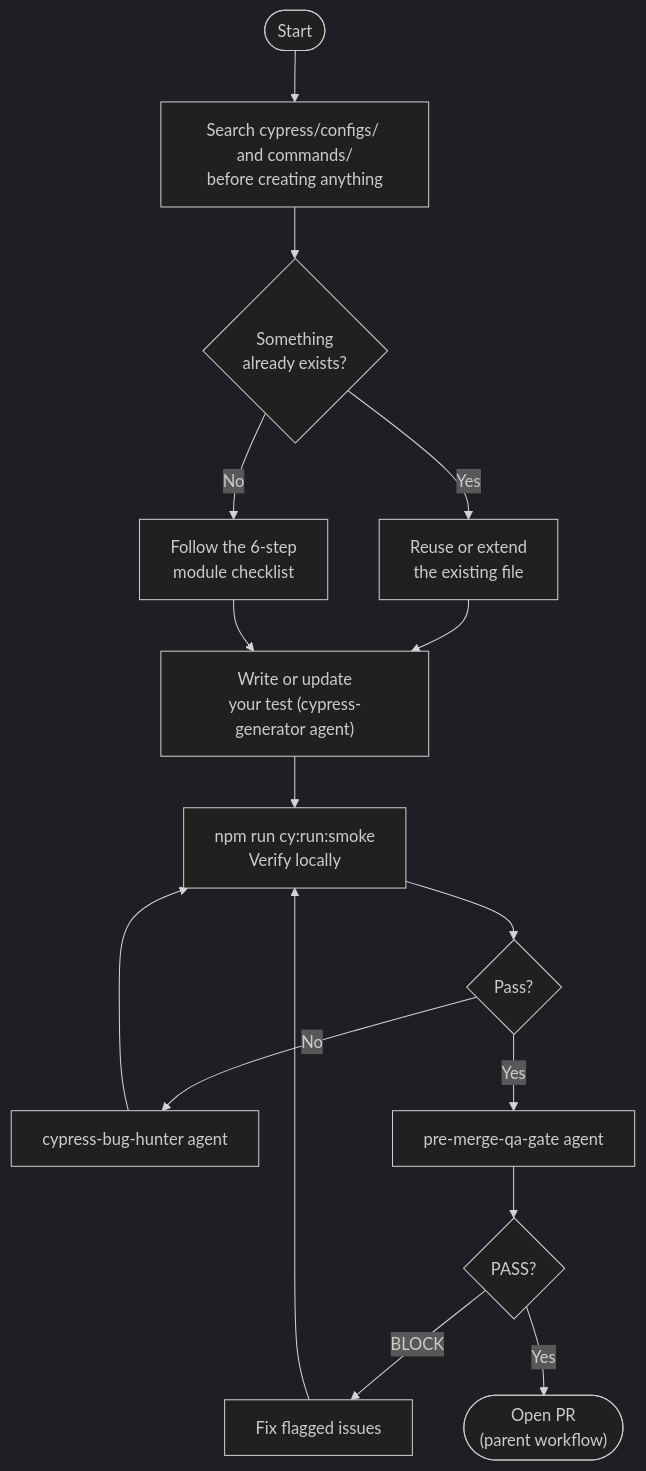
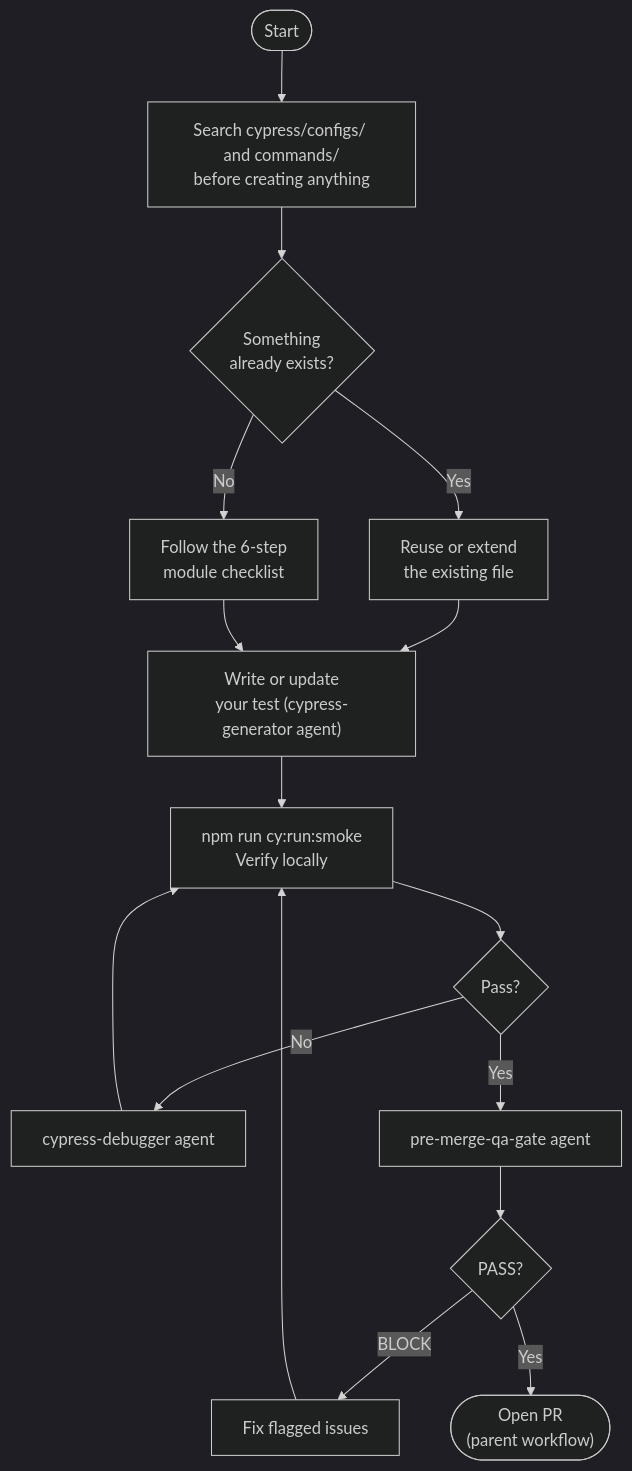
One commit to lfyagya/AI-Agentic-Test-Development changed the diagram in CONTRIBUTING.md. Above: the diagram before and after it, drawn with Mermaid (dark theme). The commit also changed 16 other files, not shown here.

First line of the commit message:
Rename cypress-bug-hunter to cypress-debugger

````diff
--- a/CONTRIBUTING.md
+++ b/CONTRIBUTING.md
@@ -27,18 +27,18 @@
 ```mermaid
 flowchart TD
     A(["Start"]) --> B["Search cypress/configs/ and commands/\nbefore creating anything"]
     B --> C{"Something\nalready exists?"}
     C -- Yes --> D["Reuse or extend\nthe existing file"]
     C -- No --> E["Follow the 6-step\nmodule checklist"]
     D --> F["Write or update\nyour test (cypress-generator agent)"]
     E --> F
     F --> G["npm run cy:run:smoke\nVerify locally"]
     G --> H{Pass?}
-    H -- No --> I["cypress-bug-hunter agent"]
+    H -- No --> I["cypress-debugger agent"]
     I --> G
     H -- Yes --> J["pre-merge-qa-gate agent"]
     J --> K{PASS?}
     K -- BLOCK --> L["Fix flagged issues"]
     L --> G
     K -- Yes --> M(["Open PR\n(parent workflow)"])
 ```
````
